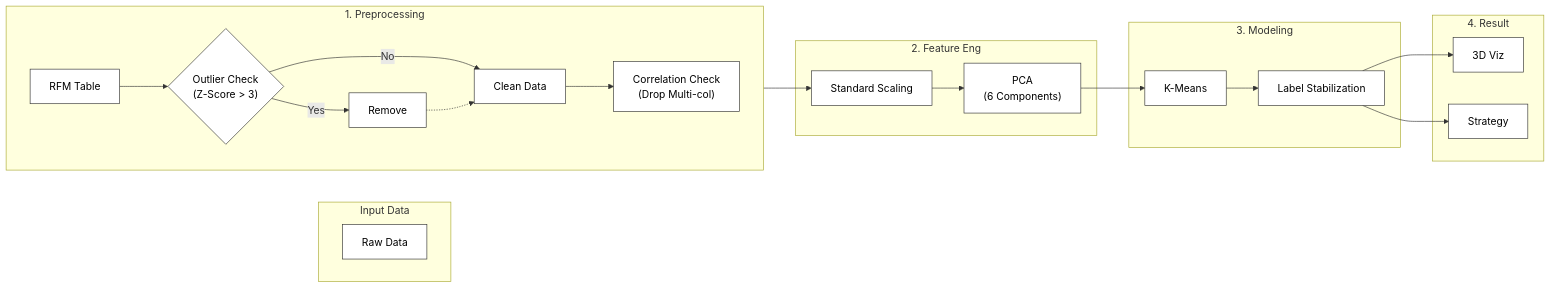
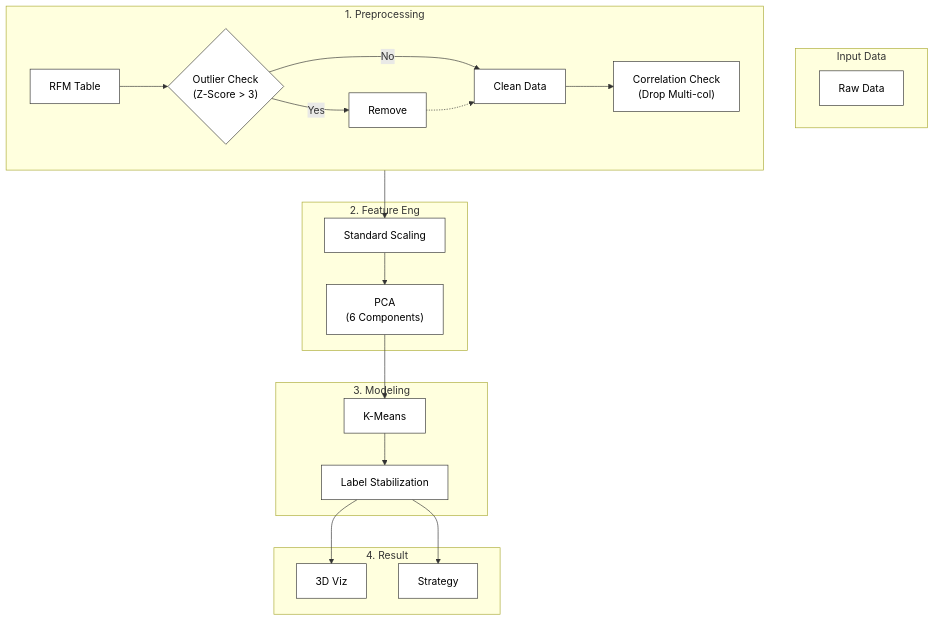
One commit to Chankyu99/Customer_Segmentation_RFM changed the diagram in README.md. Above: the diagram before and after it, drawn with Mermaid.

````diff
--- a/README.md
+++ b/README.md
@@ -2,34 +2,34 @@
 ```mermaid
-graph LR
+graph TD
     %% 스타일 정의: 흰색 배경, 검은색 테두리, 검은색 글씨
     classDef mono fill:#ffffff,stroke:#333,stroke-width:1px,color:#000000;
 
     subgraph Input ["Input Data"]
     direction LR
     A[Raw Data]:::mono
     end
 
     subgraph Preprocessing ["1. Preprocessing"]
     direction LR
     B[RFM Table]:::mono --> C{"Outlier Check<br>(Z-Score > 3)"}:::mono
     C -- Yes --> D[Remove]:::mono
     C -- No --> E[Clean Data]:::mono
     D -.-> E
     E --> F["Correlation Check<br>(Drop Multi-col)"]:::mono
     end
 
     subgraph Feature ["2. Feature Eng"]
     F --> G[Standard Scaling]:::mono
     G --> H["PCA<br>(6 Components)"]:::mono
     end
 
     subgraph Modeling ["3. Modeling"]
     H --> I[K-Means]:::mono
     I --> J[Label Stabilization]:::mono
     end
 
     subgraph Output ["4. Result"]
     J --> K[3D Viz]:::mono
     J --> L[Strategy]:::mono
     end
 ```
````
